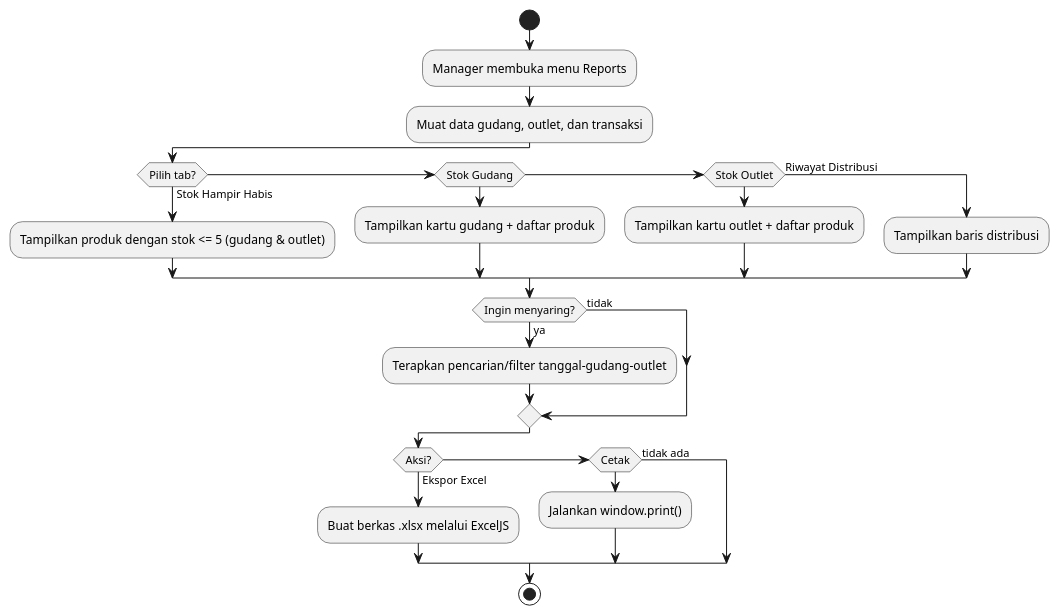
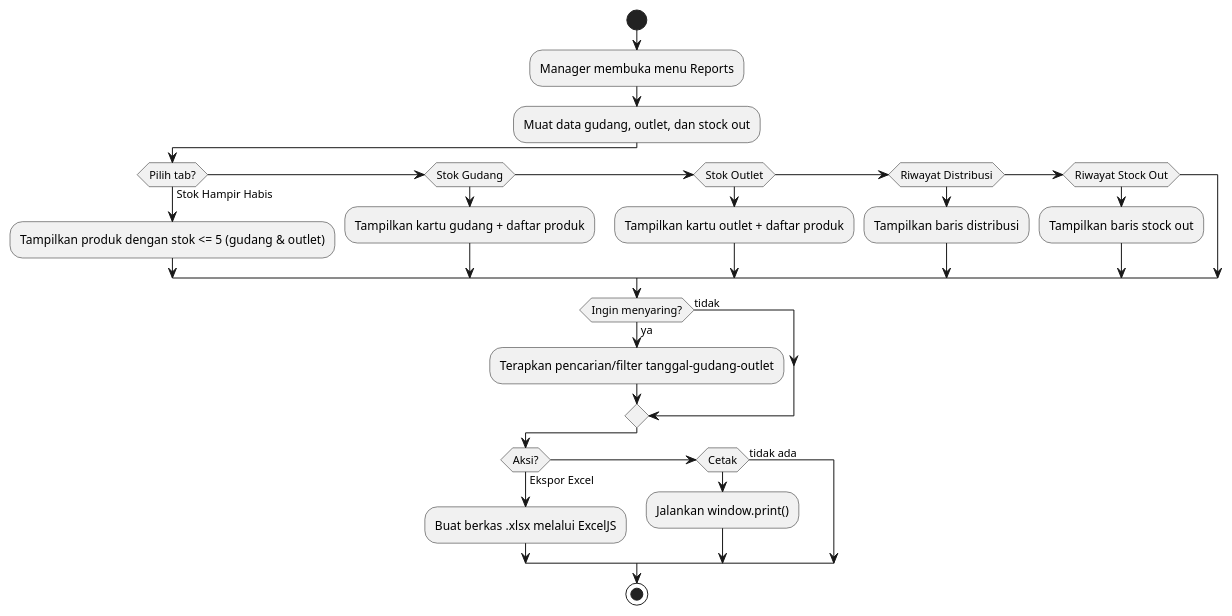
The fifth of 12 diagrams in docs/DOKUMENTASI.md (Dedemahendra1/coffee-warehouse-frontend), drawn with PlantUML before and after one commit. The commit also changed other lines of this file and 17 other files, not shown here.

Commit message:
fix: add outlet filter to stock report

````diff
--- a/docs/DOKUMENTASI.md
+++ b/docs/DOKUMENTASI.md
@@ -666,27 +690,29 @@
 ```plantuml
 @startuml
 start
 :Manager membuka menu Reports;
-:Muat data gudang, outlet, dan transaksi;
+:Muat data gudang, outlet, dan stock out;
 if (Pilih tab?) then (Stok Hampir Habis)
   :Tampilkan produk dengan stok <= 5 (gudang & outlet);
 elseif (Stok Gudang) then
   :Tampilkan kartu gudang + daftar produk;
 elseif (Stok Outlet) then
   :Tampilkan kartu outlet + daftar produk;
-else (Riwayat Distribusi)
+elseif (Riwayat Distribusi) then
   :Tampilkan baris distribusi;
+elseif (Riwayat Stock Out) then
+  :Tampilkan baris stock out;
 endif
 if (Ingin menyaring?) then (ya)
   :Terapkan pencarian/filter tanggal-gudang-outlet;
 else (tidak)
 endif
 if (Aksi?) then (Ekspor Excel)
   :Buat berkas .xlsx melalui ExcelJS;
 elseif (Cetak) then
   :Jalankan window.print();
 else (tidak ada)
 endif
 stop
 @enduml
 ```
````
